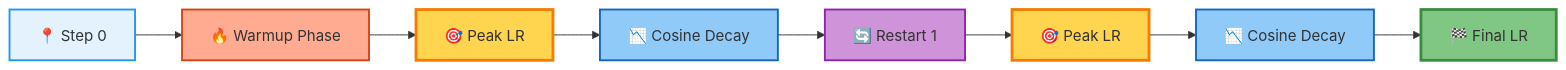
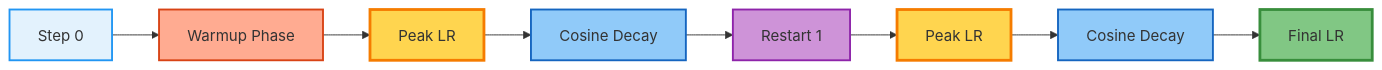
One commit to Pizzaman213/Ava_AI changed diagram 16 of 23 in code/docs/FLOWCHARTS_VISUAL.md. Above: the diagram before and after it, drawn with Mermaid. The commit also changed other lines of this file and 215 other files, not shown here.

````diff
--- a/code/docs/FLOWCHARTS_VISUAL.md
+++ b/code/docs/FLOWCHARTS_VISUAL.md
@@ -481,19 +481,19 @@
 ```mermaid
 graph LR
-    A[📍 Step 0] --> B[🔥 Warmup Phase]
-    B --> C[🎯 Peak LR]
-    C --> D[📉 Cosine Decay]
-    D --> E[🔄 Restart 1]
-    E --> F[🎯 Peak LR]
-    F --> G[📉 Cosine Decay]
-    G --> H[🏁 Final LR]
+    A[ Step 0] --> B[ Warmup Phase]
+    B --> C[ Peak LR]
+    C --> D[ Cosine Decay]
+    D --> E[ Restart 1]
+    E --> F[ Peak LR]
+    F --> G[ Cosine Decay]
+    G --> H[ Final LR]
 
     style A fill:#E3F2FD,stroke:#2196F3,stroke-width:2px
     style B fill:#FFAB91,stroke:#D84315,stroke-width:2px
     style C fill:#FFD54F,stroke:#F57C00,stroke-width:3px
     style D fill:#90CAF9,stroke:#1565C0,stroke-width:2px
     style E fill:#CE93D8,stroke:#8E24AA,stroke-width:2px
     style F fill:#FFD54F,stroke:#F57C00,stroke-width:3px
     style G fill:#90CAF9,stroke:#1565C0,stroke-width:2px
     style H fill:#81C784,stroke:#388E3C,stroke-width:3px
 ```
````
